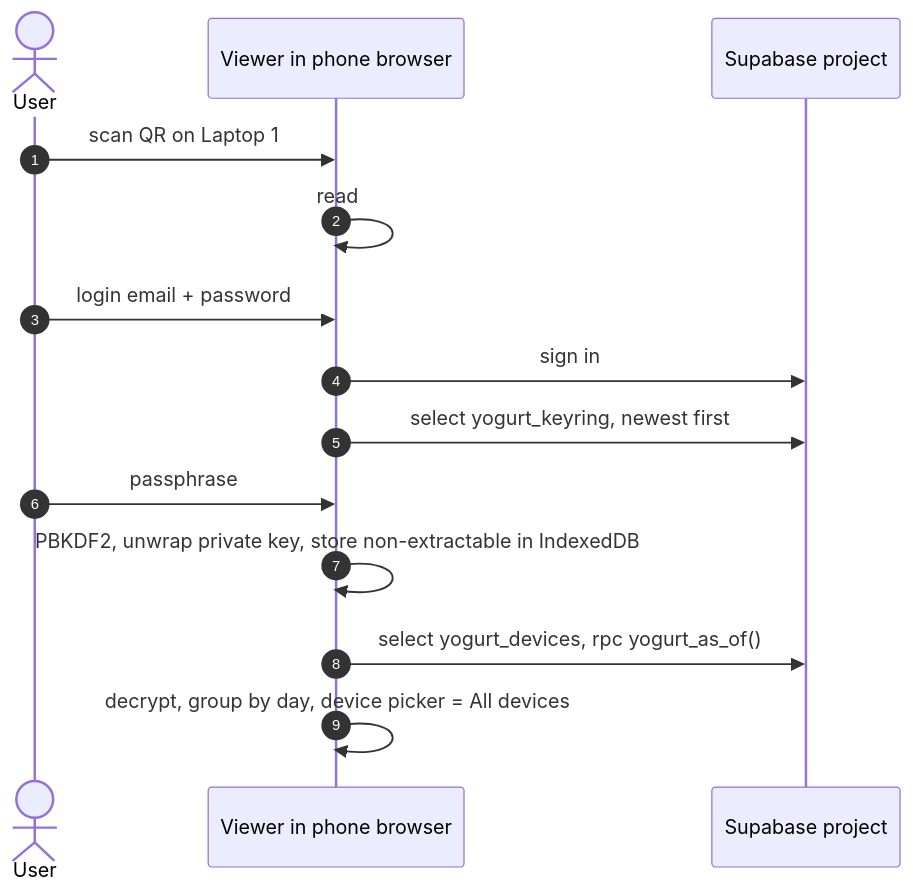
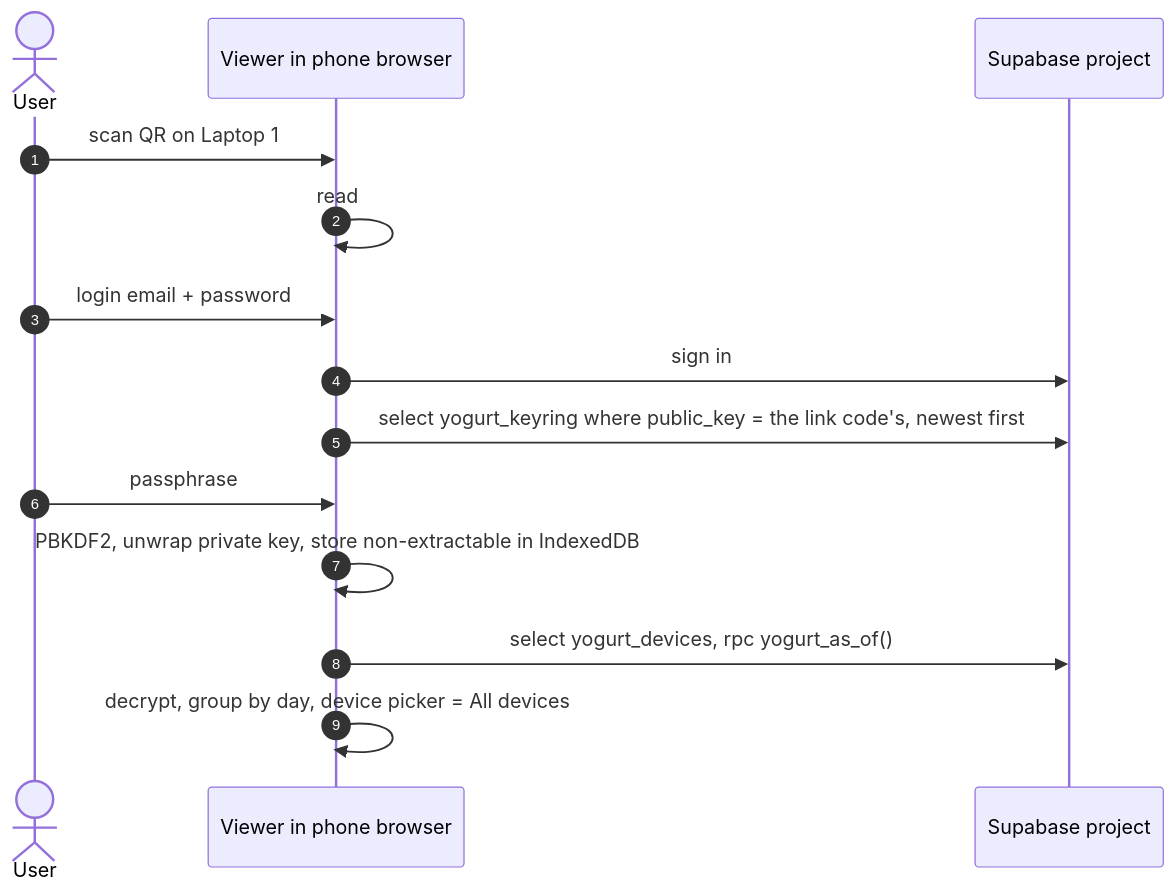
One commit to jarvisrchen/yogurt changed the third of 5 diagrams in docs/.planning/sync-cloud-mirror-design.md. Above: the diagram before and after it, drawn with Mermaid. The commit also changed other lines of this file and 19 other files, not shown here.

First line of the commit message:
SYNC-1: yogurt-cloud crate with encryption, link code, schema, and fixtures (#150)

````diff
--- a/docs/.planning/sync-cloud-mirror-design.md
+++ b/docs/.planning/sync-cloud-mirror-design.md
@@ -240,17 +276,17 @@
 ```mermaid
 sequenceDiagram
   autonumber
   actor U as User
   participant V as Viewer in phone browser
   participant P as Supabase project
 
   U->>V: scan QR on Laptop 1
   V->>V: read #c= (URL, publishable key, public key), save in browser
   U->>V: login email + password
   V->>P: sign in
-  V->>P: select yogurt_keyring, newest first
+  V->>P: select yogurt_keyring where public_key = the link code's, newest first
   U->>V: passphrase
   V->>V: PBKDF2, unwrap private key, store non-extractable in IndexedDB
   V->>P: select yogurt_devices, rpc yogurt_as_of()
   V->>V: decrypt, group by day, device picker = All devices
 ```
````
